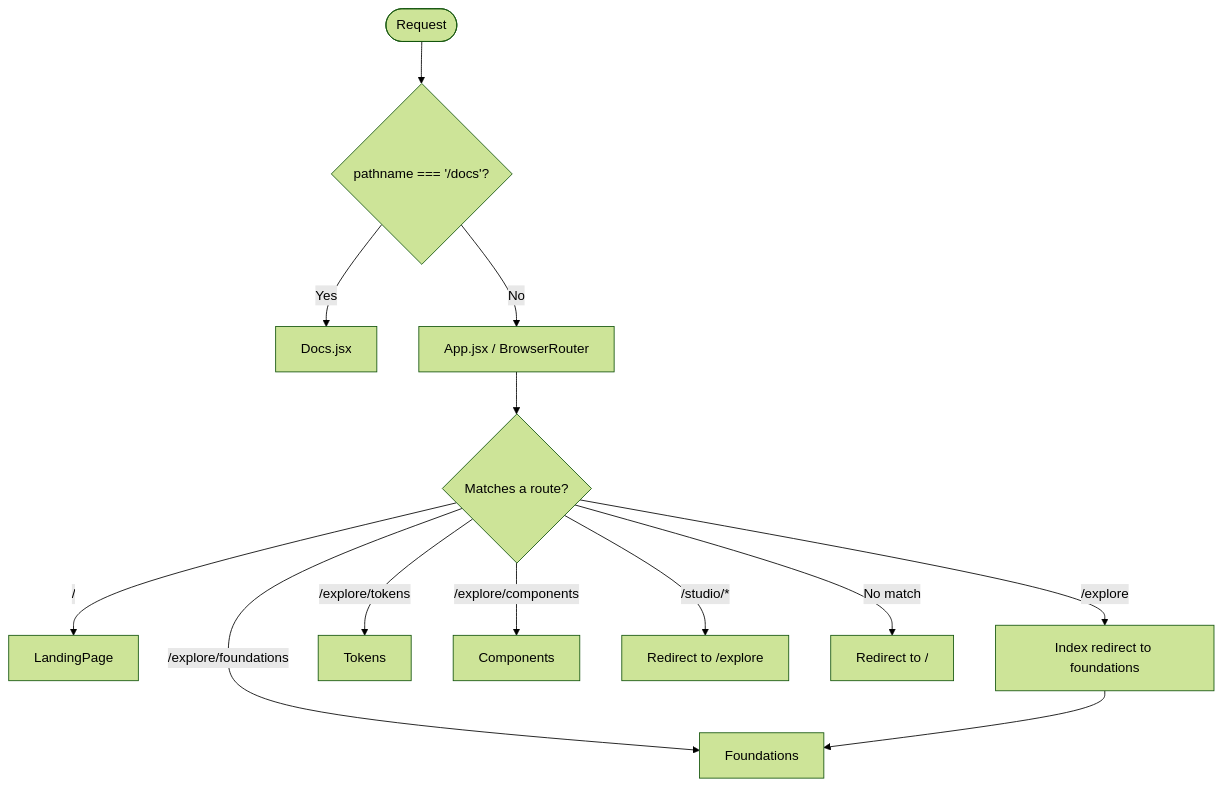
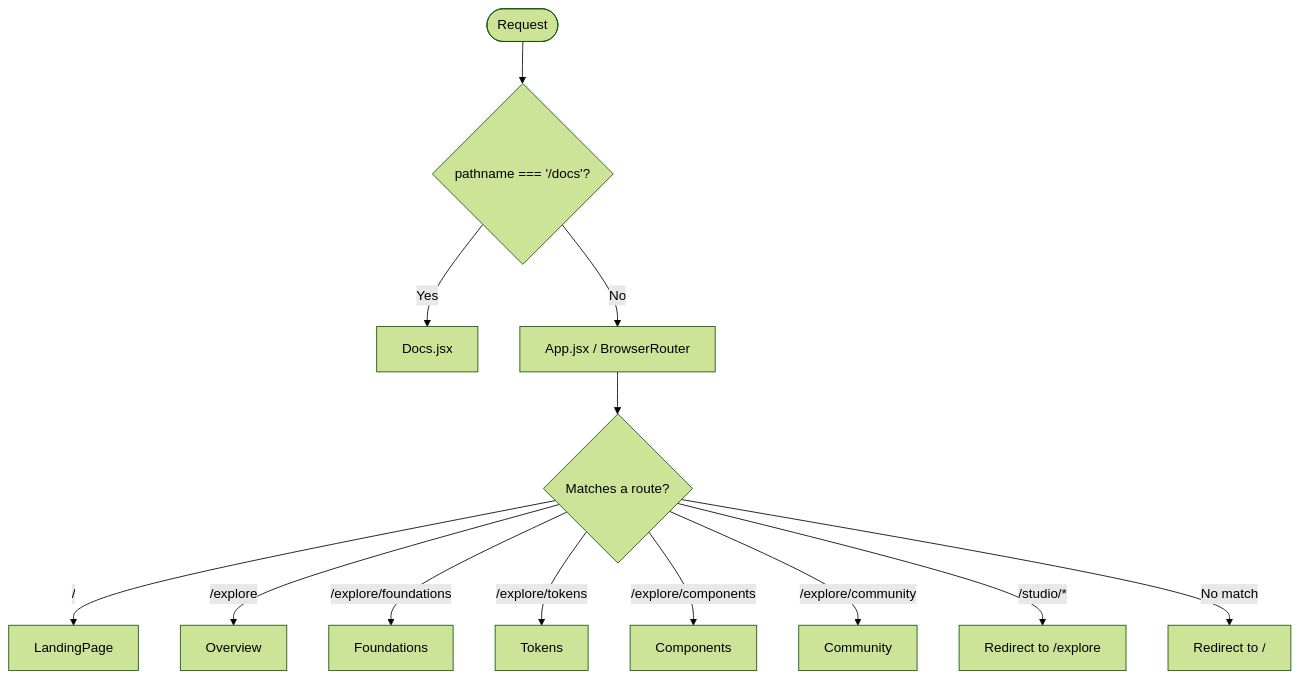
The third of 5 diagrams in docs/architecture/system-architecture.md (breeze-sn/Atria), drawn with Mermaid (forest theme) before and after one commit. The commit also changed other lines of this file and 31 other files, not shown here.

````diff
--- a/docs/architecture/system-architecture.md
+++ b/docs/architecture/system-architecture.md
@@ -156,15 +157,15 @@
 ```mermaid
 flowchart TD
   Request([Request]) --> DocsCheck{pathname === '/docs'?}
   DocsCheck -->|Yes| DocsPage[Docs.jsx]
   DocsCheck -->|No| Router[App.jsx / BrowserRouter]
   Router --> RootRoute{Matches a route?}
   RootRoute -->|/| Landing[LandingPage]
-  RootRoute -->|/explore| ExploreIndex[Index redirect to foundations]
+  RootRoute -->|/explore| OverviewPage[Overview]
   RootRoute -->|/explore/foundations| FoundationsPage[Foundations]
   RootRoute -->|/explore/tokens| TokensPage[Tokens]
   RootRoute -->|/explore/components| ComponentsPage[Components]
+  RootRoute -->|/explore/community| CommunityPage[Community]
   RootRoute -->|/studio/*| StudioRedirect[Redirect to /explore]
   RootRoute -->|No match| CatchAll[Redirect to /]
-  ExploreIndex --> FoundationsPage
 ```
````
